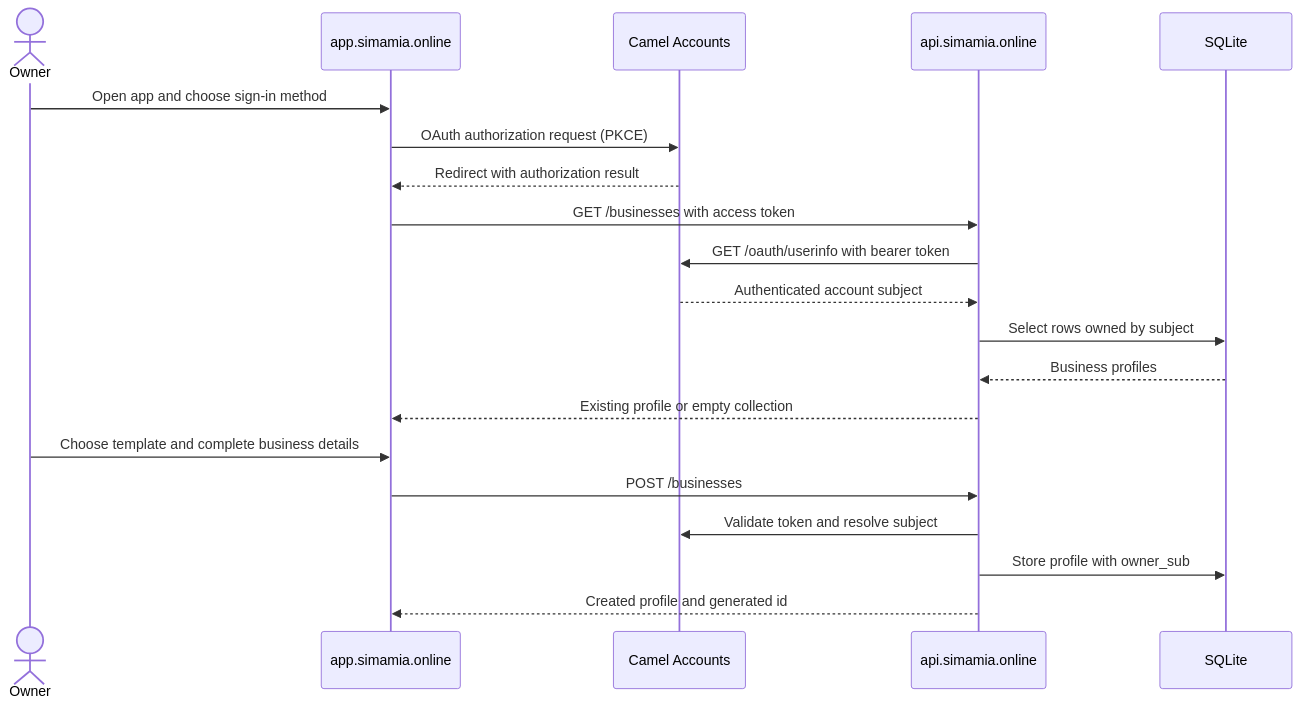
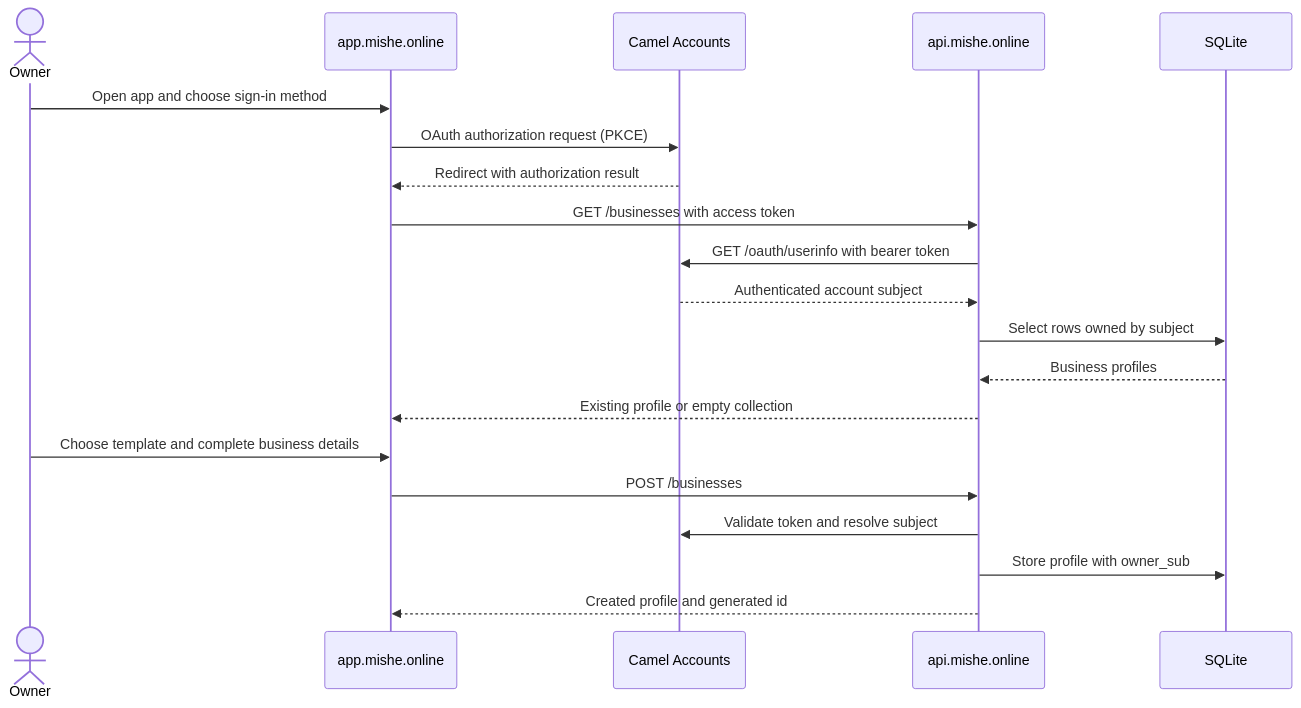
The second of 3 diagrams in docs-site/app/architecture/page.mdx (troubleman96/SIMAMIA-free), drawn with Mermaid before and after one commit. The commit also changed other lines of this file and 33 other files, not shown here.

Commit message:
Update API, docs-site, landing, env and SVG assets to Mishe branding

````diff
--- a/docs-site/app/architecture/page.mdx
+++ b/docs-site/app/architecture/page.mdx
@@ -36,22 +36,22 @@
 ```mermaid
 sequenceDiagram
   actor Owner
-  participant App as app.simamia.online
+  participant App as app.mishe.online
   participant Accounts as Camel Accounts
-  participant API as api.simamia.online
+  participant API as api.mishe.online
   participant DB as SQLite
   Owner->>App: Open app and choose sign-in method
   App->>Accounts: OAuth authorization request (PKCE)
   Accounts-->>App: Redirect with authorization result
   App->>API: GET /businesses with access token
   API->>Accounts: GET /oauth/userinfo with bearer token
   Accounts-->>API: Authenticated account subject
   API->>DB: Select rows owned by subject
   DB-->>API: Business profiles
   API-->>App: Existing profile or empty collection
   Owner->>App: Choose template and complete business details
   App->>API: POST /businesses
   API->>Accounts: Validate token and resolve subject
   API->>DB: Store profile with owner_sub
   API-->>App: Created profile and generated id
 ```
````
